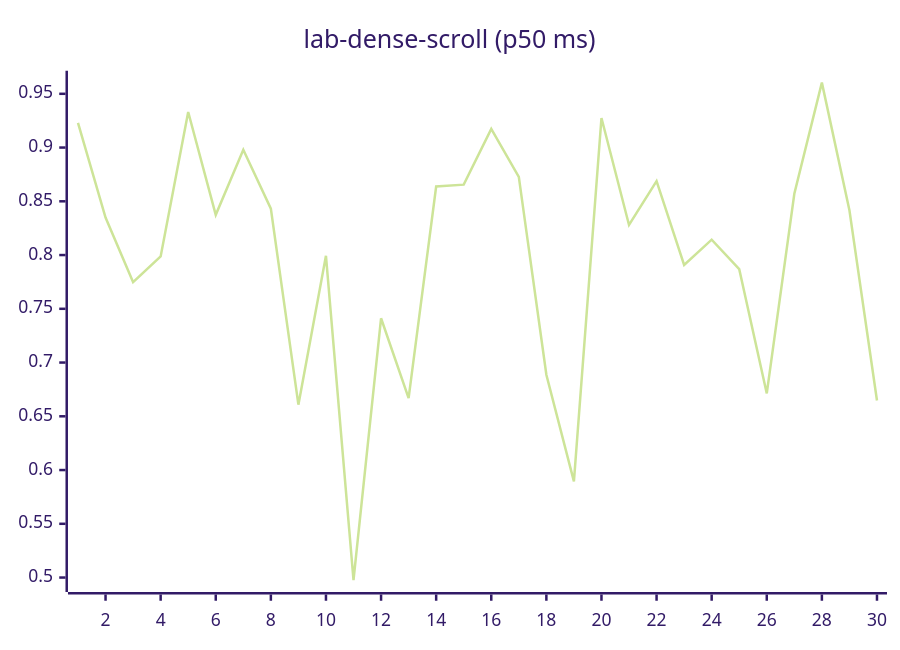
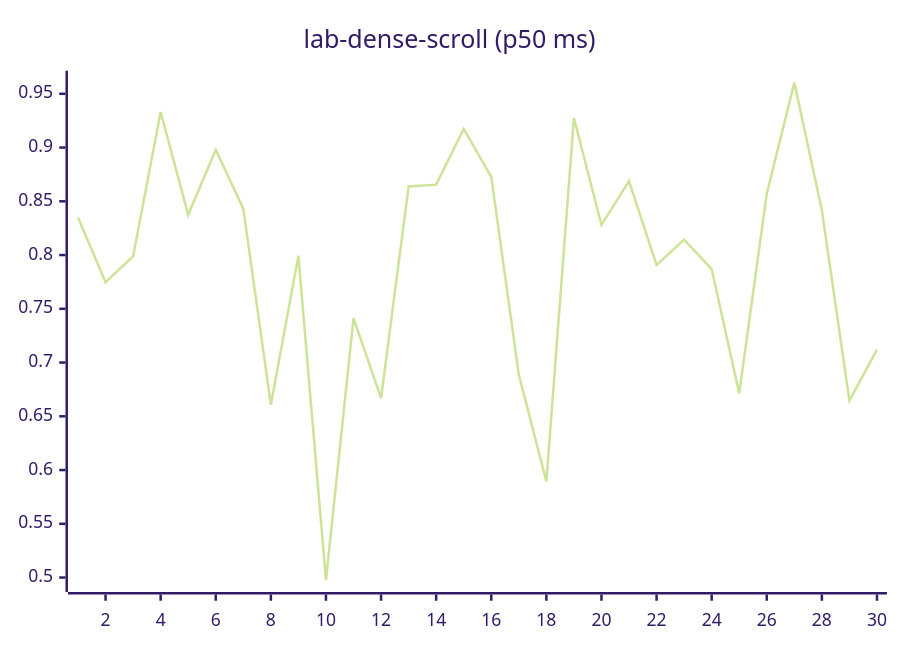
Before and after one commit to josha/Facet: diagram 12 of 27 in README.md, drawn with Mermaid (forest theme). The commit also changed other lines of this file and 2 other files, not shown here.

````diff
--- a/README.md
+++ b/README.md
@@ -140,6 +140,6 @@
 ```mermaid
 xychart-beta
     title "lab-dense-scroll (p50 ms)"
     x-axis 1 --> 30
-    line [0.9230, 0.8349, 0.7748, 0.7987, 0.9331, 0.8374, 0.8979, 0.8432, 0.6608, 0.7993, 0.4976, 0.7412, 0.6669, 0.8638, 0.8655, 0.9174, 0.8727, 0.6887, 0.5895, 0.9275, 0.8280, 0.8687, 0.7908, 0.8143, 0.7869, 0.6713, 0.8570, 0.9604, 0.8416, 0.6647]
+    line [0.8349, 0.7748, 0.7987, 0.9331, 0.8374, 0.8979, 0.8432, 0.6608, 0.7993, 0.4976, 0.7412, 0.6669, 0.8638, 0.8655, 0.9174, 0.8727, 0.6887, 0.5895, 0.9275, 0.8280, 0.8687, 0.7908, 0.8143, 0.7869, 0.6713, 0.8570, 0.9604, 0.8416, 0.6647, 0.7120]
 ```
````
